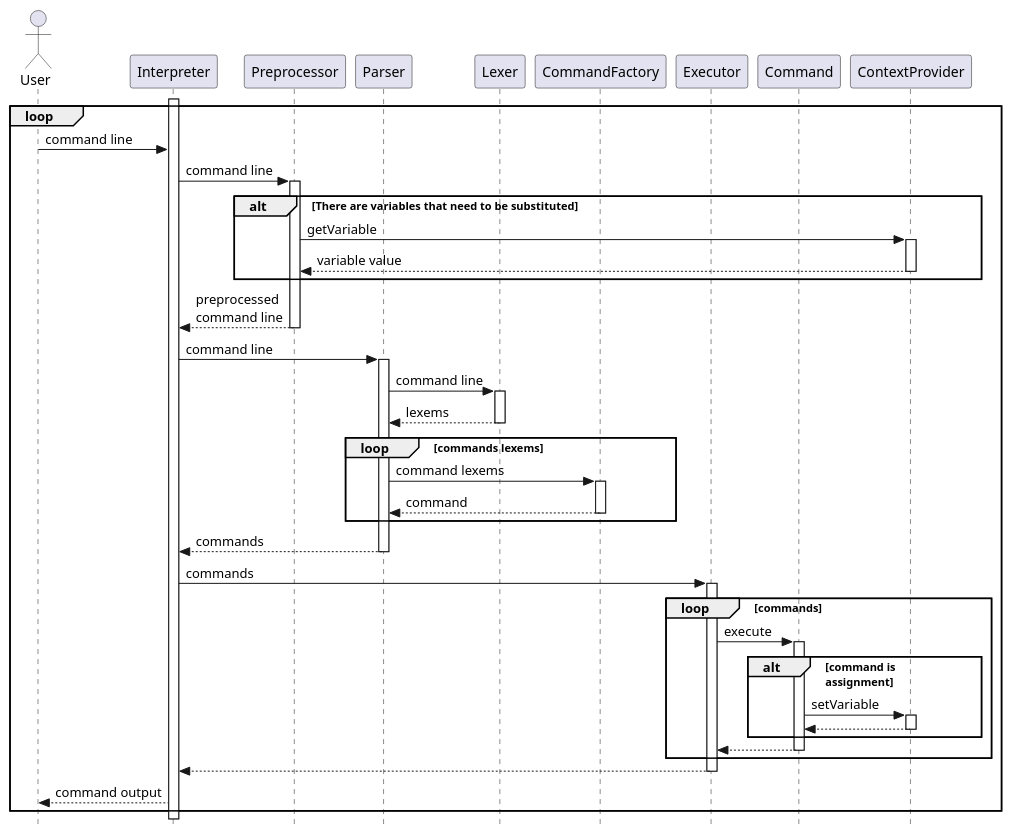
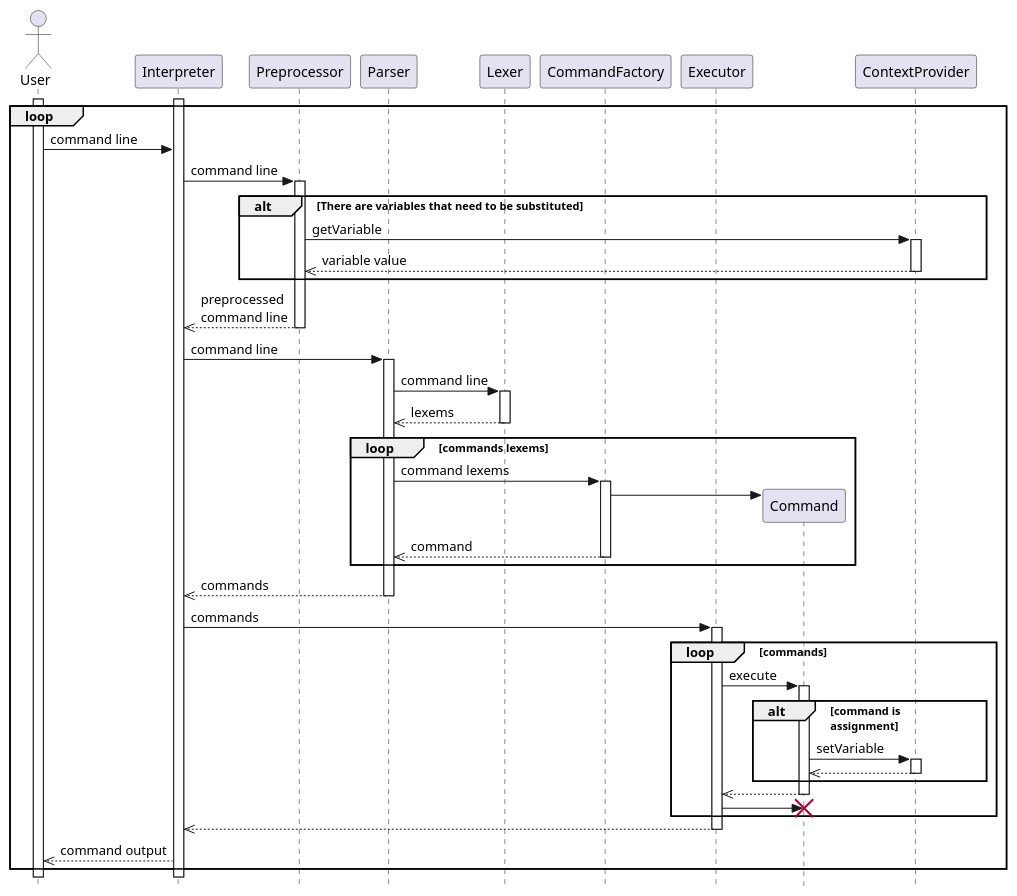
The diagram in public/SequenceDiagram.puml (Ixorlive/CLI), drawn with PlantUML before and after one commit. The commit also changed 1 other file, not shown here.

Commit message:
fix sequence diagram

```diff
--- a/public/SequenceDiagram.puml
+++ b/public/SequenceDiagram.puml
@@ -1,69 +1,72 @@
 @startuml
 'https://plantuml.com/sequence-diagram
 
 
 skinparam style strictuml
 actor User
 participant Interpreter
 participant Preprocessor
 participant Parser
 participant Lexer
 participant CommandFactory
 participant Executor
 participant Command
 participant ContextProvider
 
+activate User
 activate Interpreter
 loop
 User -> Interpreter : command line
 
 Interpreter -> Preprocessor : command line
 activate Preprocessor
 alt There are variables that need to be substituted
     Preprocessor -> ContextProvider : getVariable
     activate ContextProvider
-    Preprocessor <-- ContextProvider : variable value
+    Preprocessor <<-- ContextProvider : variable value
     deactivate ContextProvider
 end
-Interpreter <-- Preprocessor : preprocessed\ncommand line
+Interpreter <<-- Preprocessor : preprocessed\ncommand line
 deactivate Preprocessor
 
 
 Interpreter -> Parser : command line
 activate Parser
 Parser -> Lexer : command line
 activate Lexer
-Parser <-- Lexer : lexems
+Parser <<-- Lexer : lexems
 deactivate Lexer
 
 loop commands lexems
     Parser -> CommandFactory : command lexems
     activate CommandFactory
-    Parser <-- CommandFactory : command
+    CommandFactory -> Command **
+    Parser <<-- CommandFactory : command
     deactivate CommandFactory
 end
-Interpreter <-- Parser : commands
+Interpreter <<-- Parser : commands
 deactivate Parser
 
 Interpreter -> Executor : commands
 activate Executor
 loop commands
     Executor -> Command : execute
     activate Command
     alt command is\nassignment
         Command -> ContextProvider : setVariable
         activate ContextProvider
-        Command <-- ContextProvider
+        Command <<-- ContextProvider
         deactivate ContextProvider
     end
-    Executor <-- Command
+    Executor <<-- Command
     deactivate Command
+    Executor -> Command !!
 end
-Interpreter <-- Executor
+Interpreter <<-- Executor
 deactivate Executor
 
 
-User <-- Interpreter : command output
+User <<-- Interpreter : command output
 end
 
 @enduml
```
